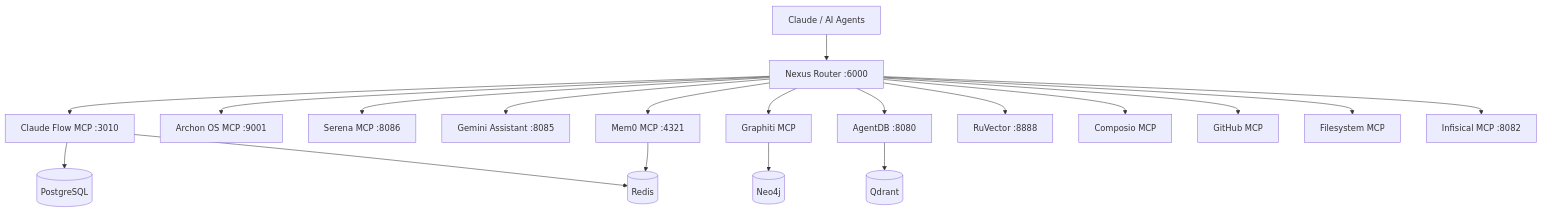
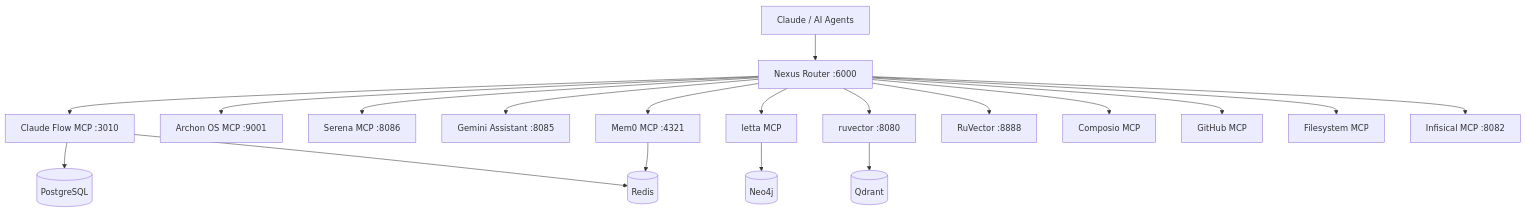
The first of 4 diagrams in docs/architecture/INTEGRATIONS.md (ellisapotheosis/Project-Nyra), drawn with Mermaid before and after one commit. The commit also changed other lines of this file and 992 other files, not shown here.

````diff
--- a/docs/architecture/INTEGRATIONS.md
+++ b/docs/architecture/INTEGRATIONS.md
@@ -29,23 +29,23 @@
 ```mermaid
 graph TD
     CLIENT[Claude / AI Agents] --> NEXUS[Nexus Router :6000]
 
     NEXUS --> CF[Claude Flow MCP :3010]
     NEXUS --> ARCHON[Archon OS MCP :9001]
     NEXUS --> SERENA[Serena MCP :8086]
     NEXUS --> GEMINI[Gemini Assistant :8085]
     NEXUS --> MEM0[Mem0 MCP :4321]
-    NEXUS --> GRAPHITI[Graphiti MCP]
-    NEXUS --> AGENTDB[AgentDB :8080]
+    NEXUS --> letta[letta MCP]
+    NEXUS --> ruvector[ruvector :8080]
     NEXUS --> RUV[RuVector :8888]
     NEXUS --> COMPOSIO[Composio MCP]
     NEXUS --> GITHUB[GitHub MCP]
     NEXUS --> FS[Filesystem MCP]
     NEXUS --> INFISICAL[Infisical MCP :8082]
 
     CF --> POSTGRES[(PostgreSQL)]
     CF --> REDIS[(Redis)]
     MEM0 --> REDIS
-    GRAPHITI --> NEO4J[(Neo4j)]
-    AGENTDB --> QDRANT[(Qdrant)]
+    letta --> NEO4J[(Neo4j)]
+    ruvector --> QDRANT[(Qdrant)]
 ```
````
